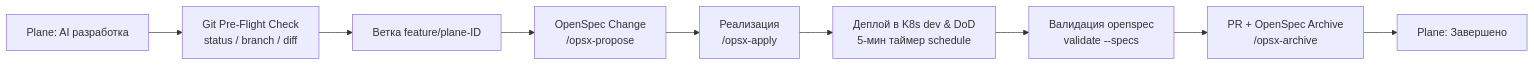
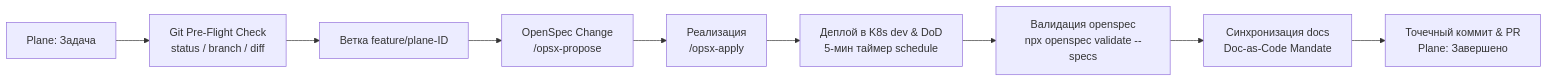
One commit to datawikipro/igaming changed the diagram in .agents/AGENTS.md. Above: the diagram before and after it, drawn with Mermaid. The commit also changed other lines of this file and 5 other files, not shown here.

Commit message:
docs: sync unified constitutional AGENTS.md and central architecture specs

````diff
--- a/.agents/AGENTS.md
+++ b/.agents/AGENTS.md
@@ -25,11 +44,11 @@
 ```mermaid
 graph LR
-    A[Plane: AI разработка] --> G0[Git Pre-Flight Check<br>status / branch / diff]
+    A[Plane: Задача] --> G0[Git Pre-Flight Check<br>status / branch / diff]
     G0 --> B[Ветка feature/plane-ID]
     B --> C[OpenSpec Change<br>/opsx-propose]
     C --> D[Реализация<br>/opsx-apply]
     D --> E[Деплой в K8s dev & DoD<br>5-мин таймер schedule]
-    E --> F[Валидация openspec<br>validate --specs]
-    F --> G[PR + OpenSpec Archive<br>/opsx-archive]
-    G --> H[Plane: Завершено]
+    E --> F[Валидация openspec<br>npx openspec validate --specs]
+    F --> G[Синхронизация docs<br>Doc-as-Code Mandate]
+    G --> H[Точечный коммит & PR<br>Plane: Завершено]
 ```
````
